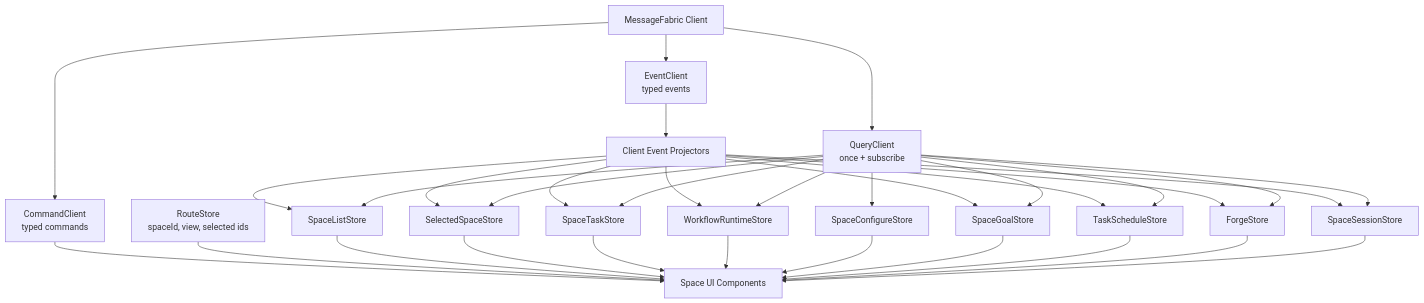
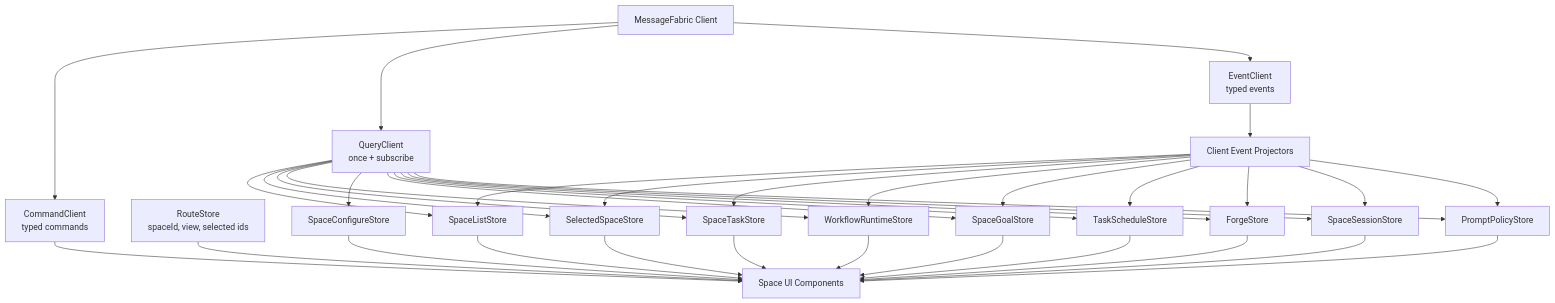
The diagram in docs/architecture/target-architecture/client-state-and-read-models.md (lsm/HyperNeo), drawn with Mermaid before and after one commit. The commit also changed other lines of this file and 6 other files, not shown here.

Commit message:
docs: add prompt policy to target architecture

````diff
--- a/docs/architecture/target-architecture/client-state-and-read-models.md
+++ b/docs/architecture/target-architecture/client-state-and-read-models.md
@@ -73,56 +75,60 @@
 ```mermaid
 flowchart TD
   Fabric["MessageFabric Client"]
   Commands["CommandClient<br/>typed commands"]
   Queries["QueryClient<br/>once + subscribe"]
   Events["EventClient<br/>typed events"]
 
   Route["RouteStore<br/>spaceId, view, selected ids"]
   Spaces["SpaceListStore"]
   Space["SelectedSpaceStore"]
   Tasks["SpaceTaskStore"]
   Runtime["WorkflowRuntimeStore"]
   Configure["SpaceConfigureStore"]
   Goals["SpaceGoalStore"]
   Schedules["TaskScheduleStore"]
   Forge["ForgeStore"]
   Sessions["SpaceSessionStore"]
+  PromptPolicy["PromptPolicyStore"]
 
   Components["Space UI Components"]
   Projectors["Client Event Projectors"]
 
   Fabric --> Commands
   Fabric --> Queries
   Fabric --> Events
   Events --> Projectors
   Projectors --> Spaces
   Projectors --> Space
   Projectors --> Tasks
   Projectors --> Runtime
   Projectors --> Goals
   Projectors --> Schedules
   Projectors --> Forge
   Projectors --> Sessions
+  Projectors --> PromptPolicy
 
   Commands --> Components
   Queries --> Spaces
   Queries --> Space
   Queries --> Tasks
   Queries --> Runtime
   Queries --> Configure
   Queries --> Goals
   Queries --> Schedules
   Queries --> Forge
   Queries --> Sessions
+  Queries --> PromptPolicy
 
   Route --> Components
   Spaces --> Components
   Space --> Components
   Tasks --> Components
   Runtime --> Components
   Configure --> Components
   Goals --> Components
   Schedules --> Components
   Forge --> Components
   Sessions --> Components
+  PromptPolicy --> Components
 ```
````
